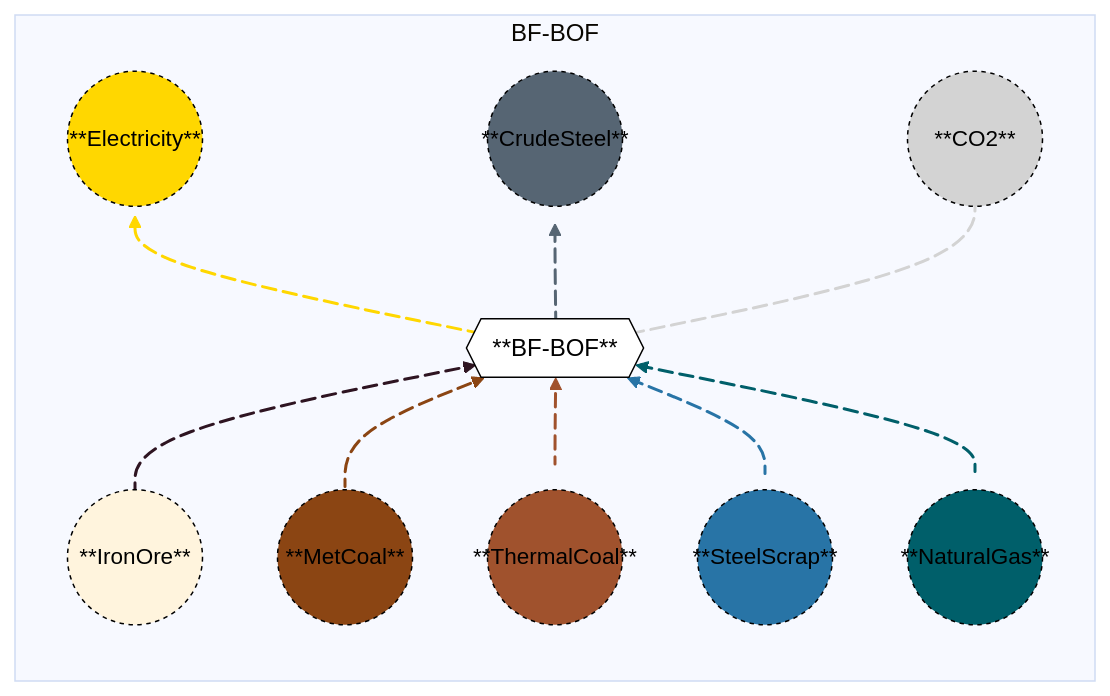
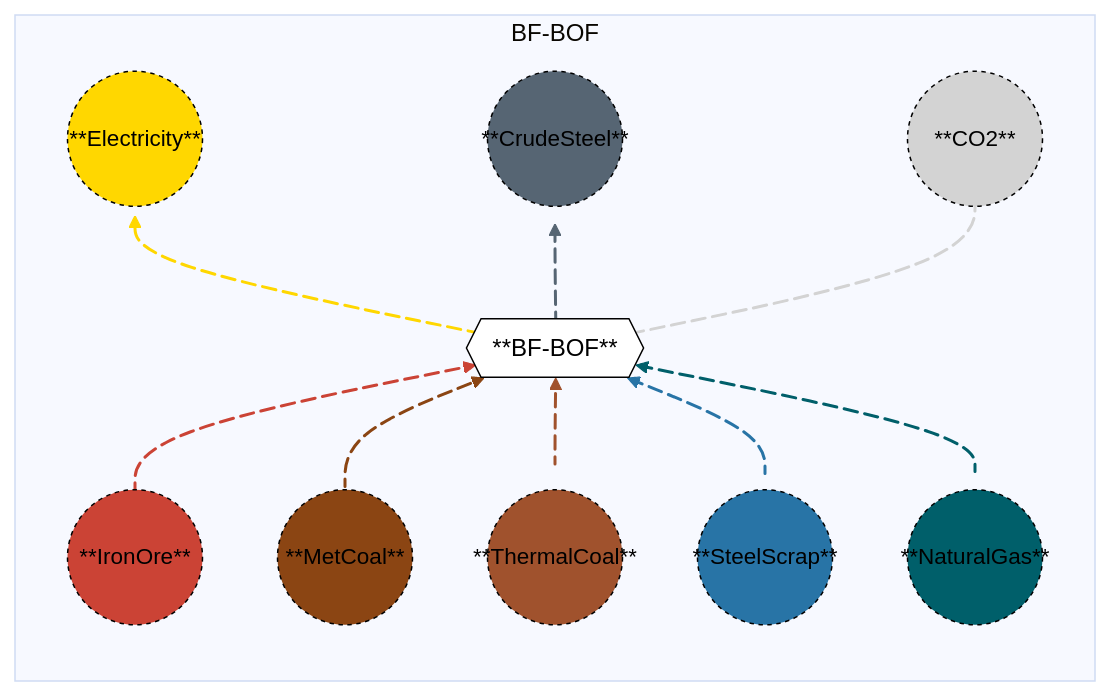
One commit to acheng1757/MacroEnergy-Abbie.jl changed the diagram in docs/src/Manual/assets/blastfurnacebasicoxygenfurnace.md. Above: the diagram before and after it, drawn with Mermaid.

Commit message:
Change color styles in blast furnace documentation

````diff
--- a/docs/src/Manual/assets/blastfurnacebasicoxygenfurnace.md
+++ b/docs/src/Manual/assets/blastfurnacebasicoxygenfurnace.md
@@ -28,43 +28,43 @@
 ```mermaid
 %%{init: {'theme': 'base', 'themeVariables': { 'background': '#D1EBDE' }}}%%
 flowchart BT
   subgraph BF-BOF
   direction BT
     A1(("**IronOre**")) e1@-->B{{"**BF-BOF**"}}
     A2(("**MetCoal**")) e2@-->B{{"**BF-BOF**"}}
     A3(("**ThermalCoal**")) e3@-->B{{"**BF-BOF**"}}
     A4(("**SteelScrap**")) e4@-->B{{"**BF-BOF**"}}
     A5(("**NaturalGas**")) e5@-->B{{"**BF-BOF**"}}
     B{{"**BF-BOF**"}} e6@-->C1(("**Electricity**"))
     B{{"**BF-BOF**"}} e7@-->C2(("**CrudeSteel**"))
     B{{"**BF-BOF**"}} e8@-->C3(("**CO2**"))
 
     e1@{ animate: true }
     e2@{ animate: true }
     e3@{ animate: true }
     e4@{ animate: true }
     e5@{ animate: true }
     e6@{ animate: true }
     e7@{ animate: true }
     e8@{ animate: true }
  end
-    style A1 font-size:15px,r:45px,fill:#FFD700D,stroke:black,color:black,stroke-dasharray: 3,5;
+    style A1 font-size:15px,r:45px,fill:#CB4335,stroke:black,color:black,stroke-dasharray: 3,5;
     style A2 font-size:15px,r:45px,fill:#8B4513,stroke:black,color:black,stroke-dasharray: 3,5;
     style A3 font-size:15px,r:45px,fill:#A0522D,stroke:black,color:black,stroke-dasharray: 3,5;
     style A4 font-size:15px,r:45px,fill:#2874A6,stroke:black,color:black,stroke-dasharray: 3,5;
     style A5 font-size:15px,r:45px,fill:#005F6A,stroke:black,color:black,stroke-dasharray: 3,5;
     style B fill:white,stroke:black,color:black;
     style C1 font-size:15px,r:45px,fill:#FFD700,stroke:black,color:black,stroke-dasharray: 3,5;
     style C2 font-size:15px,r:45px,fill:#566573,stroke:black,color:black,stroke-dasharray: 3,5;
     style C3 font-size:15px,r:45px,fill:lightgray,stroke:black,color:black,stroke-dasharray: 3,5;
-    linkStyle 0 stroke:#FFD700D, stroke-width: 2px;
+    linkStyle 0 stroke:#CB4335, stroke-width: 2px;
     linkStyle 1 stroke:#8B4513, stroke-width: 2px;
     linkStyle 2 stroke:#A0522D, stroke-width: 2px;
     linkStyle 3 stroke:#2874A6, stroke-width: 2px;
     linkStyle 4 stroke:#005F6A, stroke-width: 2px;
     linkStyle 5 stroke:#FFD700, stroke-width: 2px;
     linkStyle 6 stroke:#566573, stroke-width: 2px;
     linkStyle 7 stroke:lightgray, stroke-width: 2px;
 
 
 ```
````
